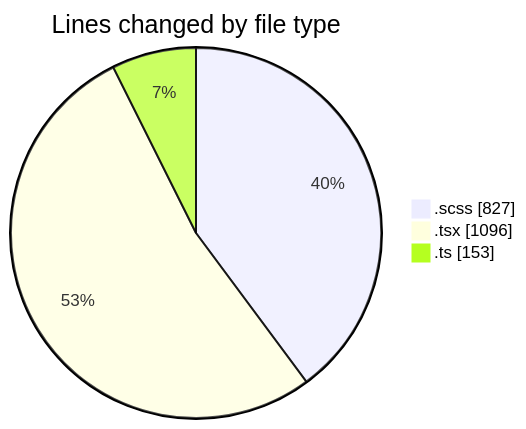
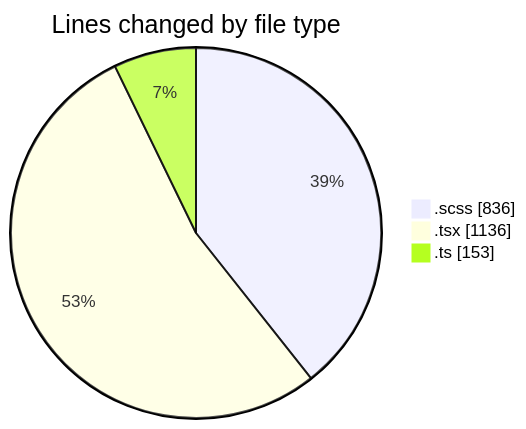
The first of 2 diagrams in 2025-03-28/cda/README.md (momahboobian/code-tracking), drawn with Mermaid before and after one commit. The commit also changed other lines of this file and 1 other file, not shown here.

````diff
--- a/2025-03-28/cda/README.md
+++ b/2025-03-28/cda/README.md
@@ -26,7 +26,7 @@
 ```mermaid
 pie showData
 title Lines changed by file type
-".scss" : 827
-".tsx" : 1096
+".scss" : 836
+".tsx" : 1136
 ".ts" : 153
 ```
````
